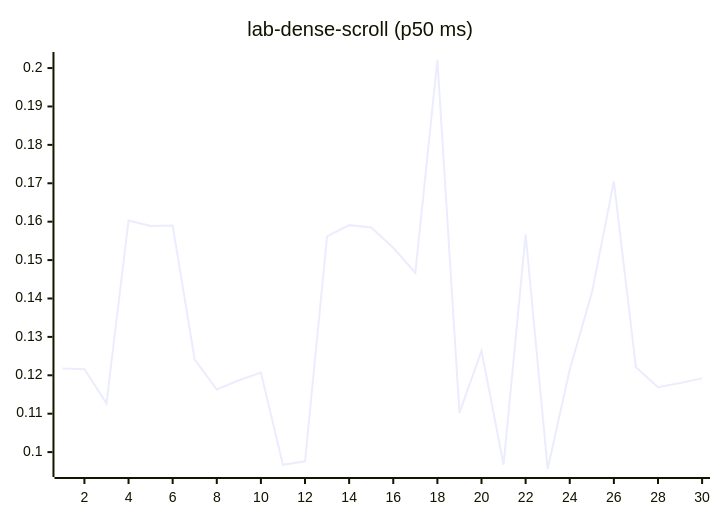
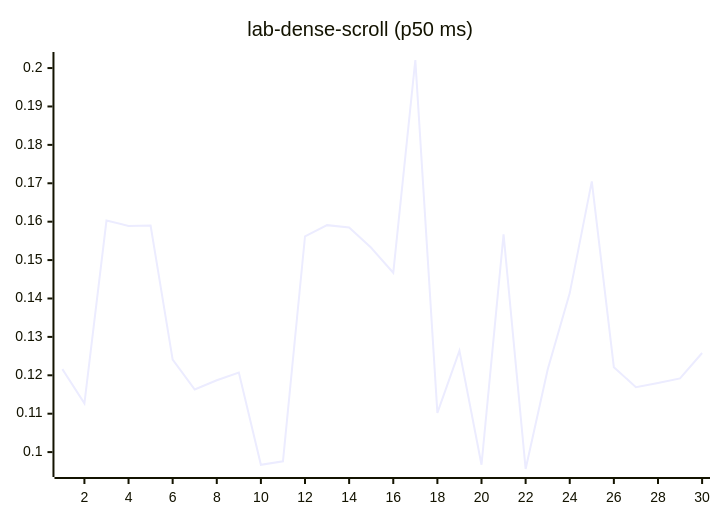
One commit to josha/Facet changed diagram 12 of 27 in README.md. Above: the diagram before and after it, drawn with Mermaid. The commit also changed other lines of this file and 2 other files, not shown here.

````diff
--- a/README.md
+++ b/README.md
@@ -140,6 +140,6 @@
 ```mermaid
 xychart-beta
     title "lab-dense-scroll (p50 ms)"
     x-axis 1 --> 30
-    line [0.1218, 0.1216, 0.1127, 0.1603, 0.1589, 0.1590, 0.1241, 0.1163, 0.1187, 0.1207, 0.0967, 0.0976, 0.1562, 0.1591, 0.1585, 0.1532, 0.1467, 0.2021, 0.1102, 0.1264, 0.0967, 0.1567, 0.0956, 0.1215, 0.1414, 0.1705, 0.1221, 0.1169, 0.1180, 0.1192]
+    line [0.1216, 0.1127, 0.1603, 0.1589, 0.1590, 0.1241, 0.1163, 0.1187, 0.1207, 0.0967, 0.0976, 0.1562, 0.1591, 0.1585, 0.1532, 0.1467, 0.2021, 0.1102, 0.1264, 0.0967, 0.1567, 0.0956, 0.1215, 0.1414, 0.1705, 0.1221, 0.1169, 0.1180, 0.1192, 0.1258]
 ```
````
